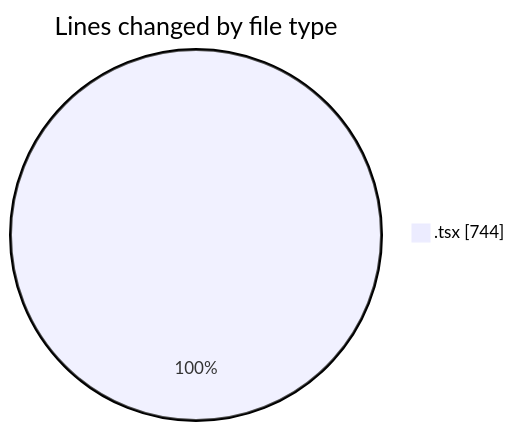
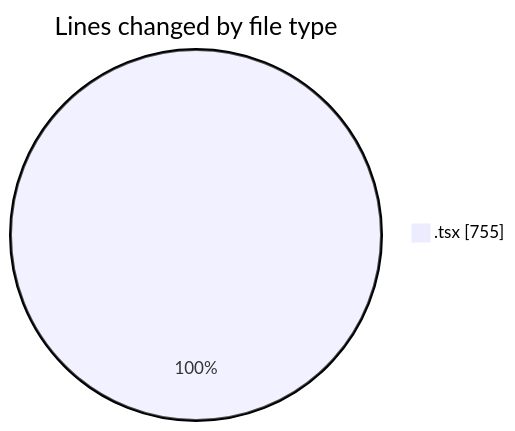
Before and after one commit to momahboobian/code-tracking: the first of 2 diagrams in 2026-11-11/cda/README.md, drawn with Mermaid. The commit also changed other lines of this file and 1 other file, not shown here.

````diff
--- a/2026-11-11/cda/README.md
+++ b/2026-11-11/cda/README.md
@@ -21,5 +21,5 @@
 ```mermaid
 pie showData
 title Lines changed by file type
-".tsx" : 744
+".tsx" : 755
 ```
````
